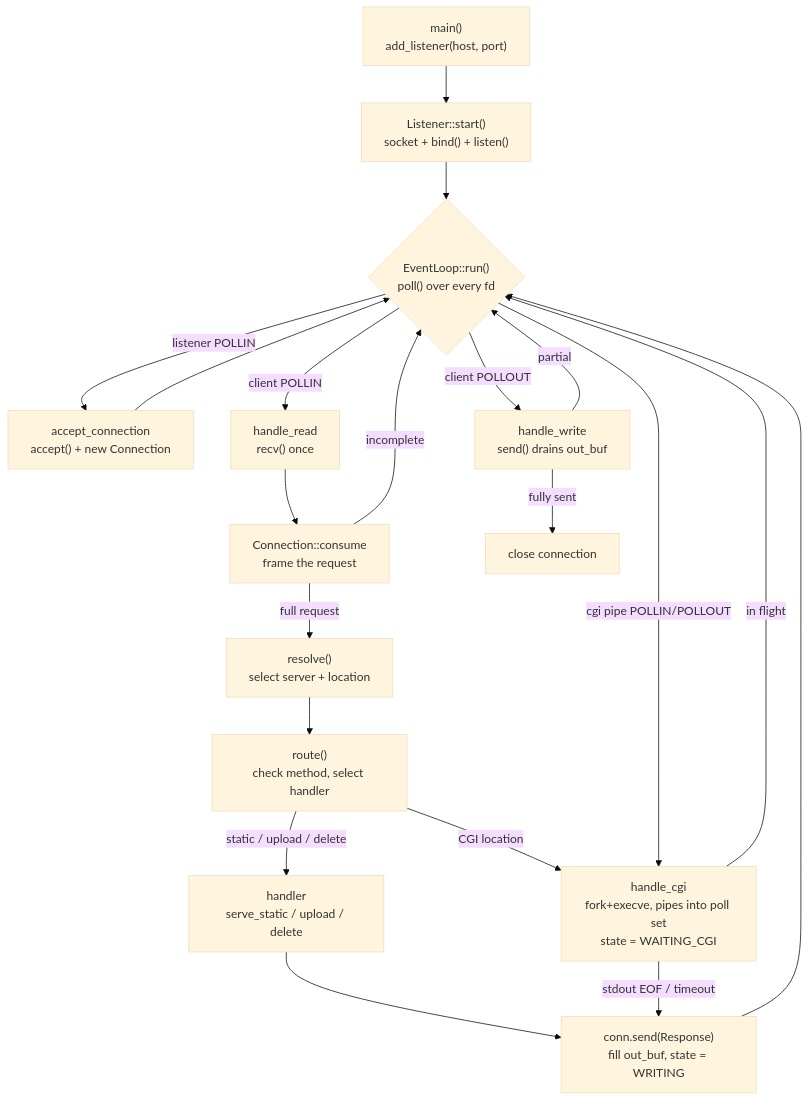
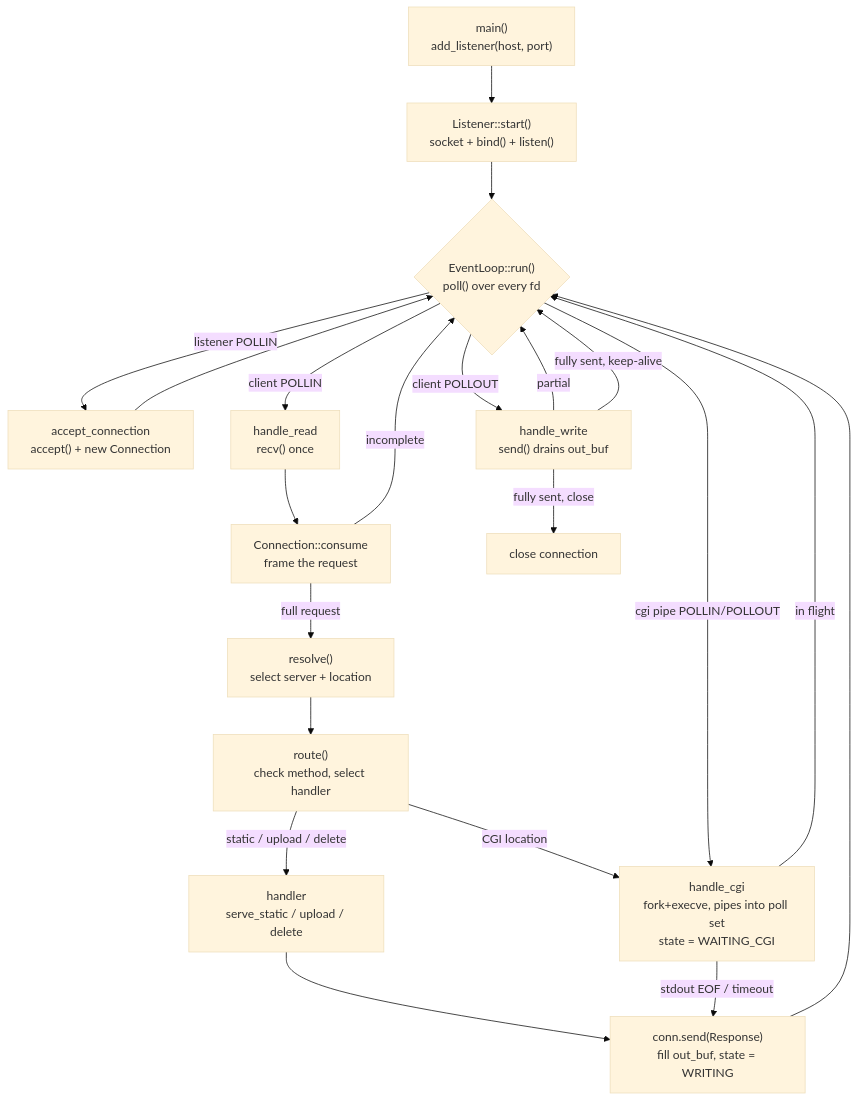
One commit to stepskop/servant changed the diagram in README.md. Above: the diagram before and after it, drawn with Mermaid (base theme). The commit also changed other lines of this file and 35 other files, not shown here.

````diff
--- a/README.md
+++ b/README.md
@@ -30,29 +30,30 @@
 ```mermaid
 flowchart TD
     boot["main()<br/>add_listener(host, port)"] --> listen["Listener::start()<br/>socket + bind() + listen()"]
     listen --> poll
 
     poll{"EventLoop::run()<br/>poll() over every fd"}
 
     poll -- "listener POLLIN" --> accept["accept_connection<br/>accept() + new Connection"]
     accept --> poll
 
     poll -- "client POLLIN" --> read["handle_read<br/>recv() once"]
     poll -- "client POLLOUT" --> write["handle_write<br/>send() drains out_buf"]
 
     read --> consume["Connection::consume<br/>frame the request"]
     consume -- "incomplete" --> poll
     consume -- "full request" --> resolve["resolve()<br/>select server + location"]
     resolve --> route["route()<br/>check method, select handler"]
     route -- "static / upload / delete" --> serve["handler<br/>serve_static / upload / delete"]
     route -- "CGI location" --> cgi["handle_cgi<br/>fork+execve, pipes into poll set<br/>state = WAITING_CGI"]
     serve --> respond["conn.send(Response)<br/>fill out_buf, state = WRITING"]
     respond --> poll
 
     poll -- "cgi pipe POLLIN/POLLOUT" --> cgi
     cgi -- "stdout EOF / timeout" --> respond
     cgi -- "in flight" --> poll
 
     write -- "partial" --> poll
-    write -- "fully sent" --> close["close connection"]
+    write -- "fully sent, keep-alive" --> poll
+    write -- "fully sent, close" --> close["close connection"]
 ```
````
